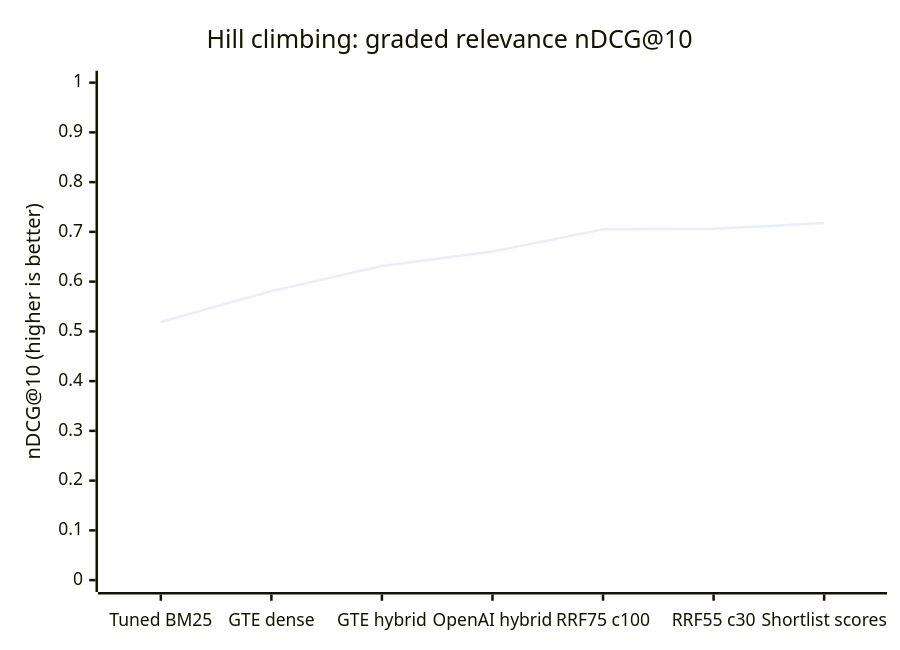
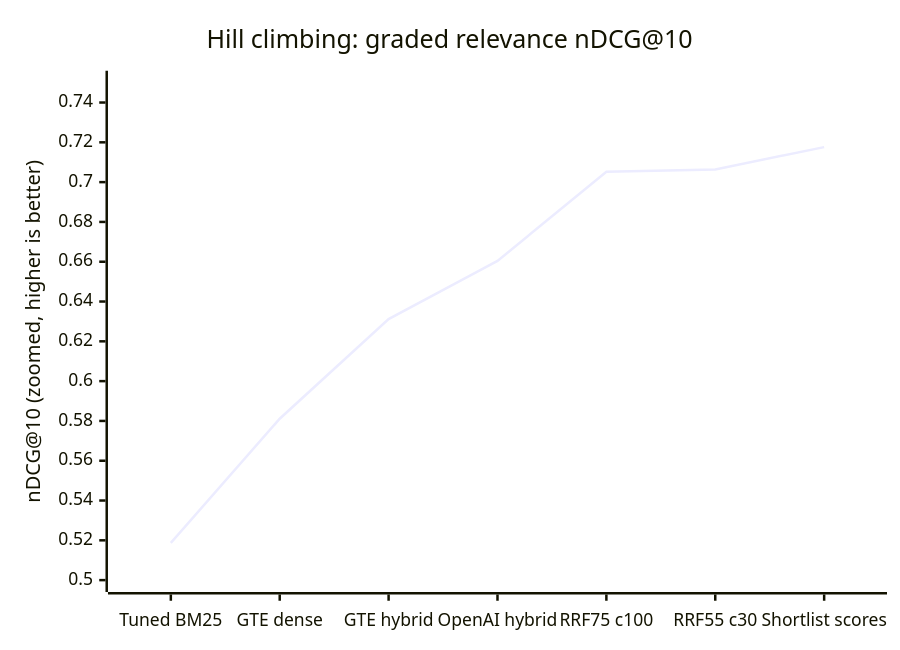
One commit to sidagarwal-labs/arxiv-search changed the first of 2 diagrams in docs/06-charts.md. Above: the diagram before and after it, drawn with Mermaid. The commit also changed other lines of this file and 2 other files, not shown here.

Commit message:
Zoom quality milestone chart and clarify baseline gain

````diff
--- a/docs/06-charts.md
+++ b/docs/06-charts.md
@@ -9,7 +11,7 @@
 ```mermaid
 xychart-beta
     title "Hill climbing: graded relevance nDCG@10"
     x-axis ["Tuned BM25", "GTE dense", "GTE hybrid", "OpenAI hybrid", "RRF75 c100", "RRF55 c30", "Shortlist scores"]
-    y-axis "nDCG@10 (higher is better)" 0 --> 1
+    y-axis "nDCG@10 (zoomed, higher is better)" 0.5 --> 0.75
     line [0.5187, 0.5811, 0.6312, 0.6604, 0.7052, 0.7064, 0.7176]
 ```
````
